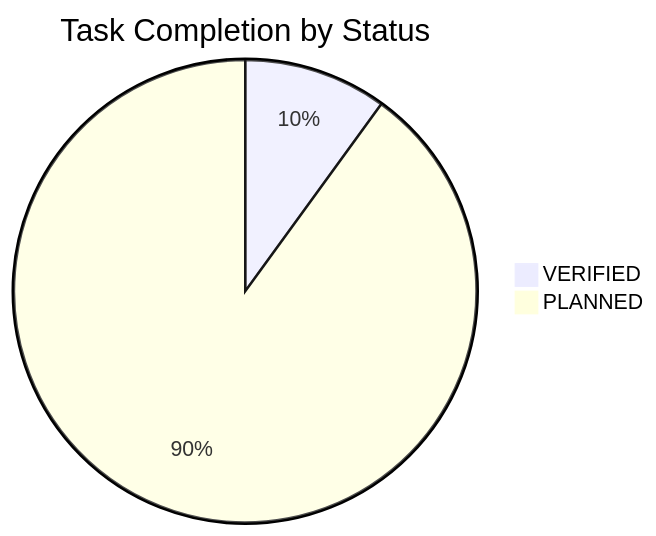
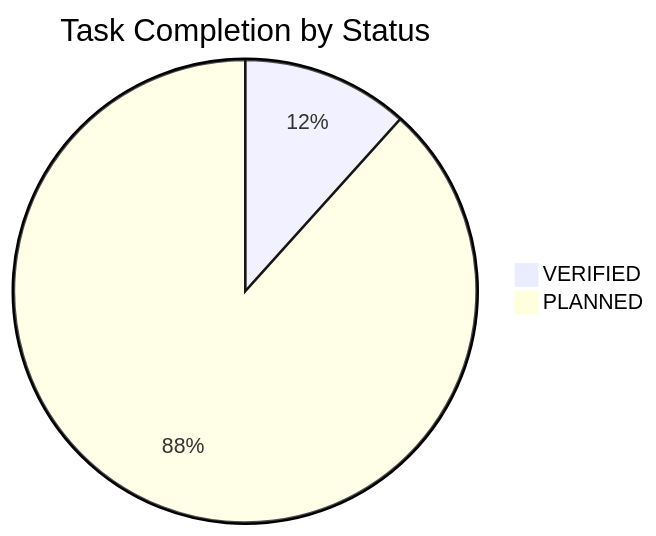
The diagram in docs/TASK_BOARD.md (NguyenTriBaoThang/ClearWayAI), drawn with Mermaid before and after one commit. The commit also changed other lines of this file and 6 other files, not shown here.

````diff
--- a/docs/TASK_BOARD.md
+++ b/docs/TASK_BOARD.md
@@ -16,5 +16,5 @@
 ```mermaid
 pie title Task Completion by Status
-    "VERIFIED" : 6
-    "PLANNED" : 54
+    "VERIFIED" : 7
+    "PLANNED" : 53
 ```
````
